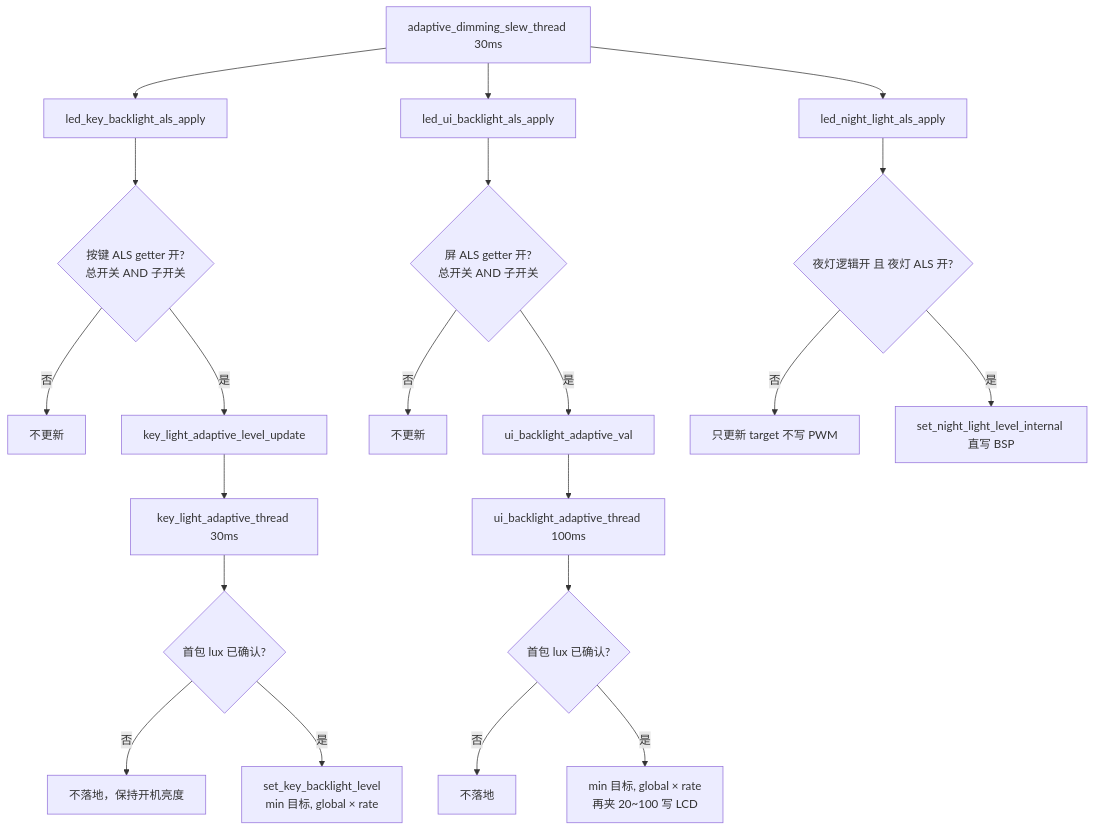
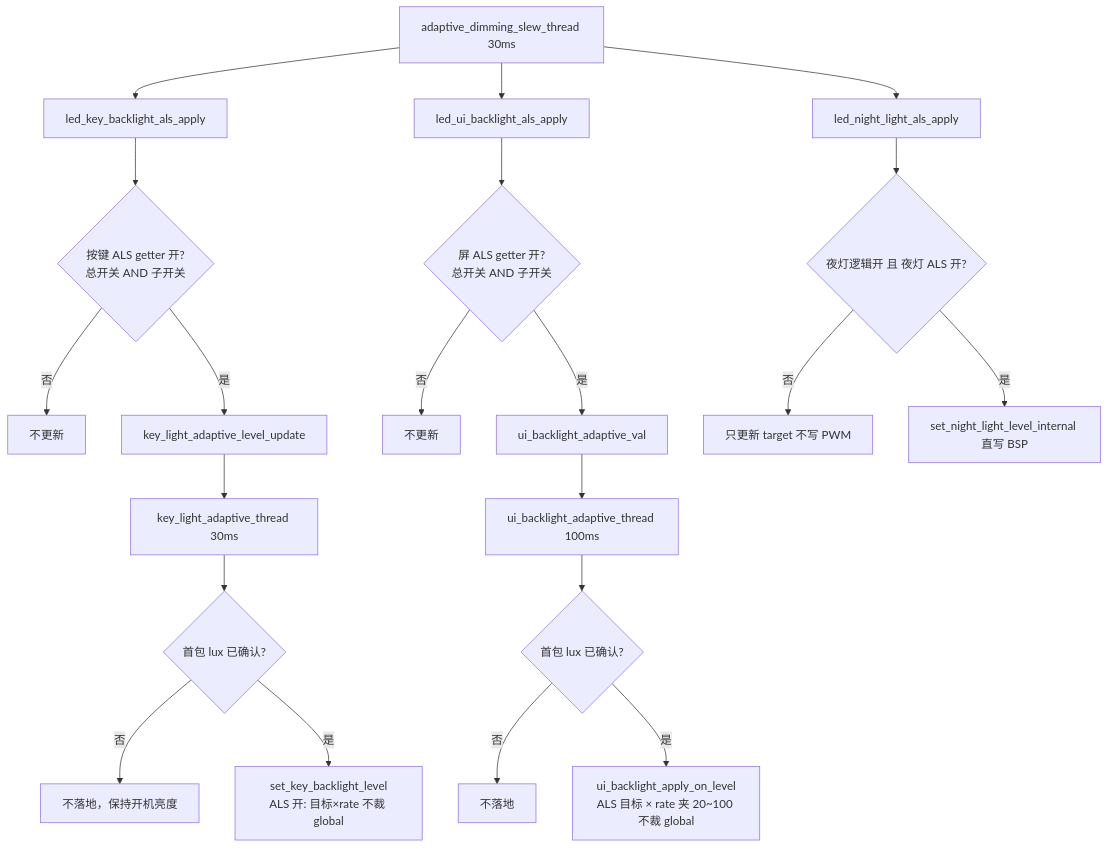
The sixth of 20 diagrams in overlay/framework_hooks/led/灯光策略.md (yuhuang163/pump_v3), drawn with Mermaid before and after one commit. The commit also changed other lines of this file and 5 other files, not shown here.

````diff
--- a/overlay/framework_hooks/led/灯光策略.md
+++ b/overlay/framework_hooks/led/灯光策略.md
@@ -283,27 +297,27 @@
 ```mermaid
 flowchart TD
     SLEW[adaptive_dimming_slew_thread 30ms]
     SLEW --> KA[led_key_backlight_als_apply]
     SLEW --> UA[led_ui_backlight_als_apply]
     SLEW --> NA[led_night_light_als_apply]
 
     KA --> KSW{按键 ALS getter 开?<br/>总开关 AND 子开关}
     KSW -->|否| KX[不更新]
     KSW -->|是| KU[key_light_adaptive_level_update]
     KU --> KT[key_light_adaptive_thread 30ms]
     KT --> K0{首包 lux 已确认?}
     K0 -->|否| KX2[不落地，保持开机亮度]
-    K0 -->|是| KL[set_key_backlight_level<br/>min 目标, global × rate]
+    K0 -->|是| KL[set_key_backlight_level<br/>ALS 开: 目标×rate 不裁 global]
 
     UA --> USW{屏 ALS getter 开?<br/>总开关 AND 子开关}
     USW -->|否| UX[不更新]
     USW -->|是| UU[ui_backlight_adaptive_val]
     UU --> UT[ui_backlight_adaptive_thread 100ms]
     UT --> U0{首包 lux 已确认?}
     U0 -->|否| UX2[不落地]
-    U0 -->|是| UL[min 目标, global × rate<br/>再夹 20~100 写 LCD]
+    U0 -->|是| UL[ui_backlight_apply_on_level<br/>ALS 目标 × rate 夹 20~100 不裁 global]
 
     NA --> NSW{夜灯逻辑开 且 夜灯 ALS 开?}
     NSW -->|否| NX[只更新 target 不写 PWM]
     NSW -->|是| NL[set_night_light_level_internal 直写 BSP]
 ```
````
